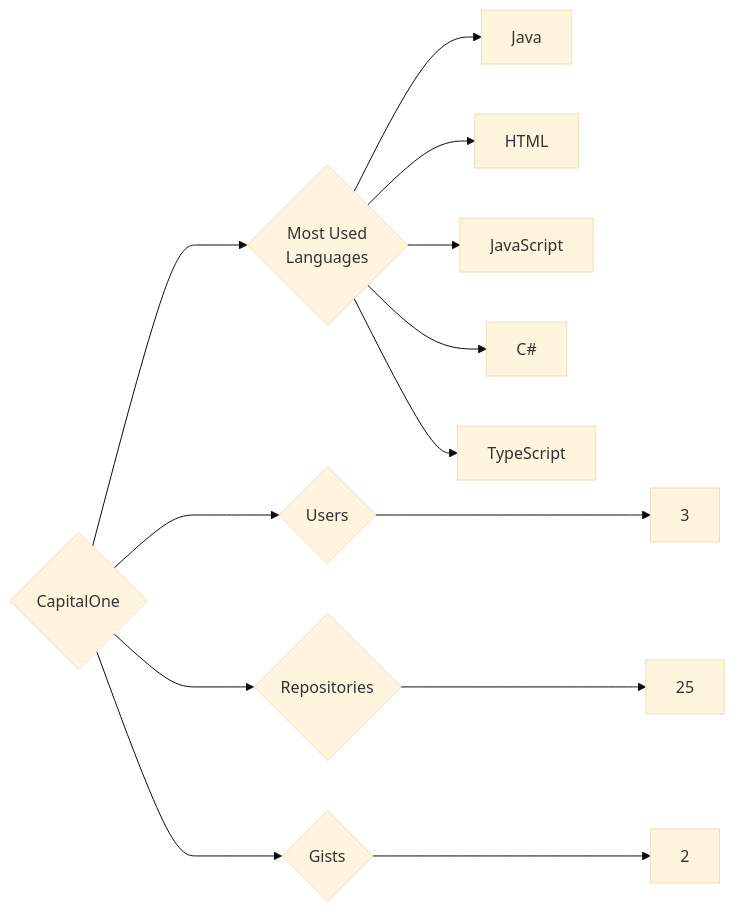
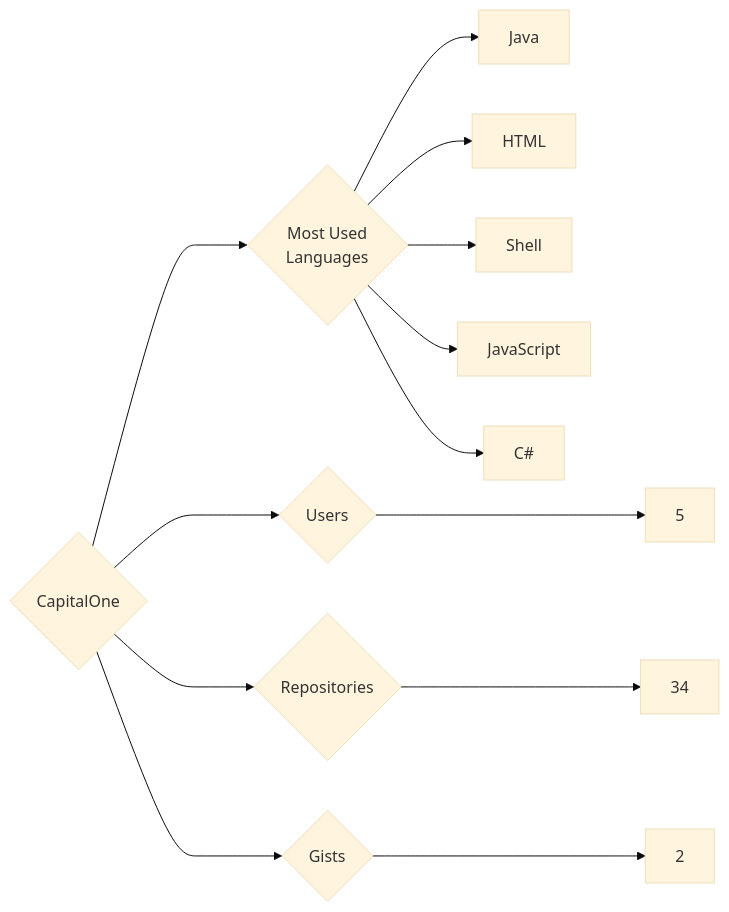
The diagram in targets/CapitalOne/README.md (trickest/insiders), drawn with Mermaid (base theme) before and after one commit. The commit also changed 1088 other files, not shown here.

````diff
--- a/targets/CapitalOne/README.md
+++ b/targets/CapitalOne/README.md
@@ -3,13 +3,13 @@
 ```mermaid
 graph LR
 COMPANY_NAME{CapitalOne}
-COMPANY_NAME ---> U{Users} ---> UN[3]
-COMPANY_NAME ---> R{Repositories} ---> RN[25]
+COMPANY_NAME ---> U{Users} ---> UN[5]
+COMPANY_NAME ---> R{Repositories} ---> RN[34]
 COMPANY_NAME ---> G{Gists} ---> GN[2]
 COMPANY_NAME ---> ML{Most Used<br>Languages}
 ML --> Java[Java]
 ML --> HTML[HTML]
+ML --> Shell[Shell]
 ML --> JavaScript[JavaScript]
 ML --> C#[C#]
-ML --> TypeScript[TypeScript]
 ```
````
